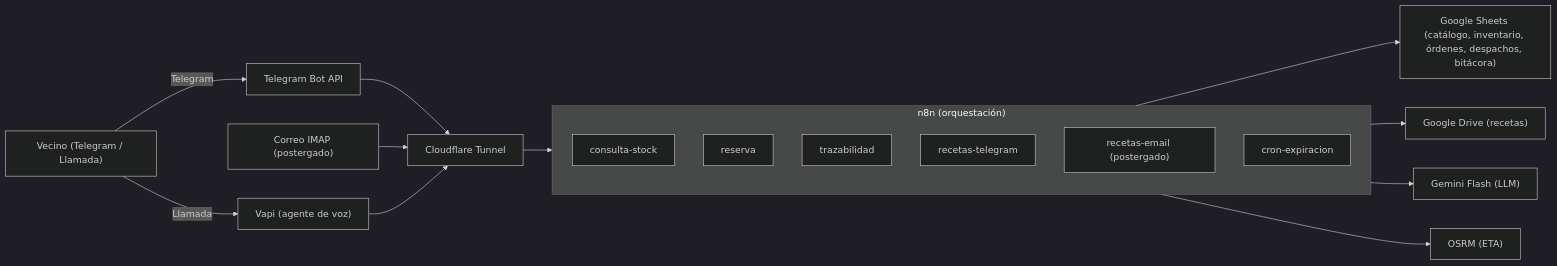
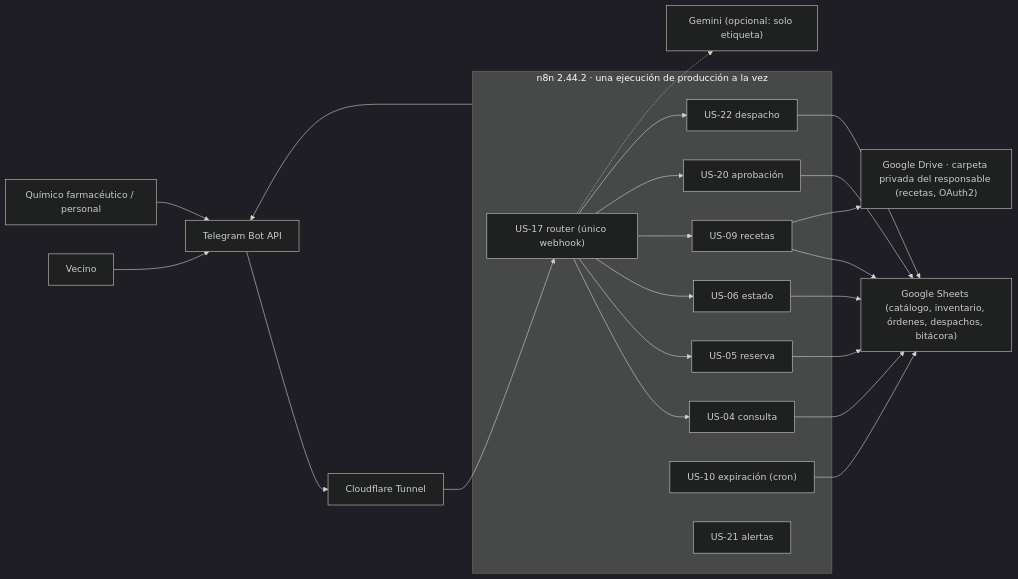
The diagram in docs/arquitectura.md (Jeple/Proyecto-IngenieraSoftware), drawn with Mermaid (dark theme) before and after one commit. The commit also changed other lines of this file and 40 other files, not shown here.

````diff
--- a/docs/arquitectura.md
+++ b/docs/arquitectura.md
@@ -7,33 +9,32 @@
 ```mermaid
 flowchart LR
-    Vecino["Vecino (Telegram / Llamada)"]
+    Vecino["Vecino"]
+    Personal["Químico farmacéutico / personal"]
     TG["Telegram Bot API"]
-    Vapi["Vapi (agente de voz)"]
-    IMAP["Correo IMAP (postergado)"]
     Tunnel["Cloudflare Tunnel"]
 
-    subgraph N8N["n8n (orquestación)"]
-        WF1["consulta-stock"]
-        WF2["reserva"]
-        WF3["trazabilidad"]
-        WF4["recetas-telegram"]
-        WF5["recetas-email (postergado)"]
-        WF6["cron-expiracion"]
+    subgraph N8N["n8n 2.44.2 · una ejecución de producción a la vez"]
+        R["US-17 router (único webhook)"]
+        WF1["US-04 consulta"]
+        WF2["US-05 reserva"]
+        WF3["US-06 estado"]
+        WF4["US-09 recetas"]
+        WF5["US-20 aprobación"]
+        WF6["US-22 despacho"]
+        WF7["US-10 expiración (cron)"]
+        WF8["US-21 alertas"]
     end
 
     Sheets["Google Sheets (catálogo, inventario, órdenes, despachos, bitácora)"]
-    Drive["Google Drive (recetas)"]
-    Gemini["Gemini Flash (LLM)"]
-    OSRM["OSRM (ETA)"]
+    Drive["Google Drive · carpeta privada del responsable (recetas, OAuth2)"]
+    Gemini["Gemini (opcional: solo etiqueta)"]
 
-    Vecino -->|Telegram| TG
-    Vecino -->|Llamada| Vapi
-    TG --> Tunnel
-    IMAP --> Tunnel
-    Vapi --> Tunnel
-    Tunnel --> N8N
-    N8N --> Sheets
-    N8N --> Drive
-    N8N --> Gemini
-    N8N --> OSRM
+    Vecino --> TG
+    Personal --> TG
+    TG --> Tunnel --> R
+    R --> WF1 & WF2 & WF3 & WF4 & WF5 & WF6
+    R -.-> Gemini
+    WF1 & WF2 & WF3 & WF4 & WF5 & WF6 & WF7 --> Sheets
+    WF4 --> Drive
+    N8N --> TG
 ```
````
